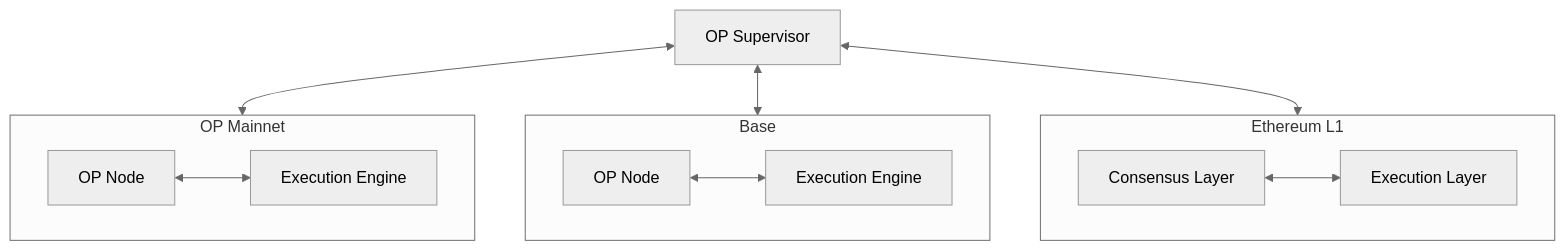
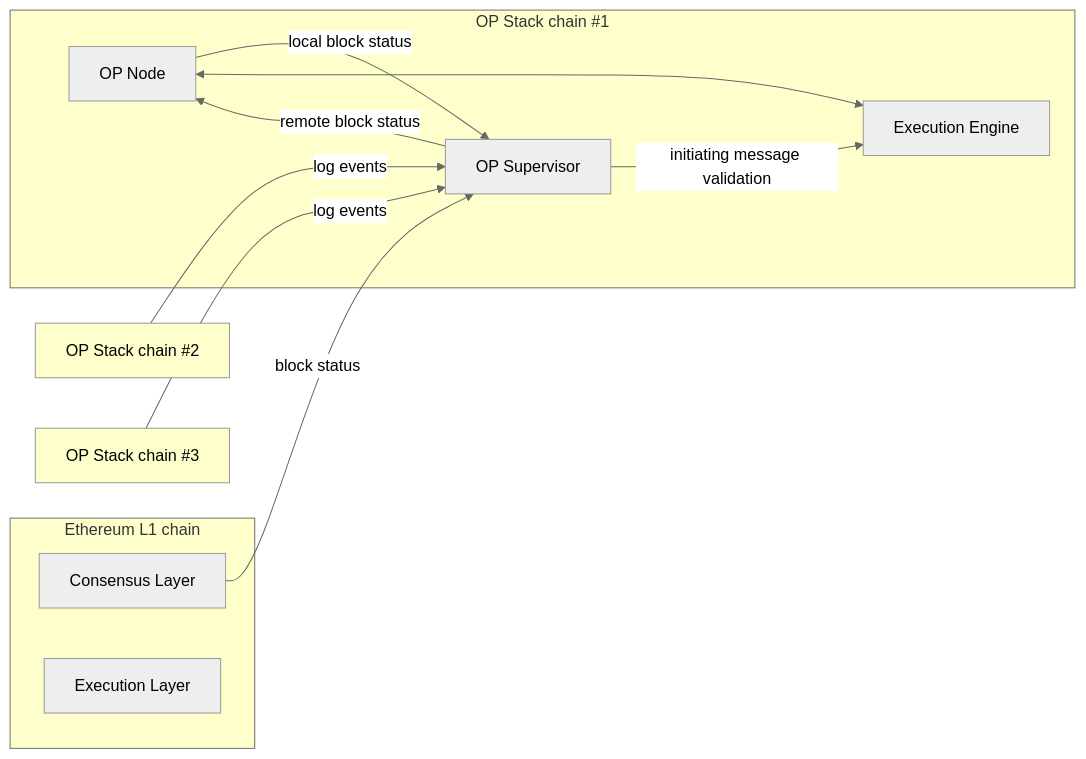
The first of 3 diagrams in pages/stack/interop/architecture.mdx (ethereum-optimism/docs), drawn with Mermaid (neutral theme) before and after one commit. The commit also changed other lines of this file, not shown here.

Commit message:
docs(interop/architecture): first version

````diff
--- a/pages/stack/interop/architecture.mdx
+++ b/pages/stack/interop/architecture.mdx
@@ -19,17 +18,28 @@
 ```mermaid
 
-graph TB
-  supervisor[OP Supervisor]
-  subgraph mainnet[OP Mainnet]
-    node1[OP Node]<-->geth1[Execution Engine]
+graph LR
+
+  classDef chain fill:#FFC
+  
+  subgraph chain1[OP Stack chain #1]
+    node1[OP Node]
+    super1[OP Supervisor]
+    geth1[Execution Engine]
+    super1-->|remote block status|node1
+    node1-->|local block status|super1
+    super1-->|initiating message validation|geth1    
+    node1<-->geth1
   end
-  subgraph base[Base]
-    node2[OP Node]<-->geth2[Execution Engine]
+  chain2[OP Stack chain #2]
+  chain3[OP Stack chain #3]
+  subgraph l1[Ethereum L1 chain]
+     l1node[Consensus Layer]
+     l1geth[Execution Layer]
   end
-  subgraph l1[Ethereum L1]
-    node3[Consensus Layer]<-->geth3[Execution Layer]
-  end
-  supervisor<-->mainnet
-  supervisor<-->base  
-  supervisor<-->l1
+
+  chain2-->|log events|super1
+  chain3-->|log events|super1
+  l1node-->|block status|super1
+
+  class chain1,chain2,chain3,l1 chain
 ```
````
